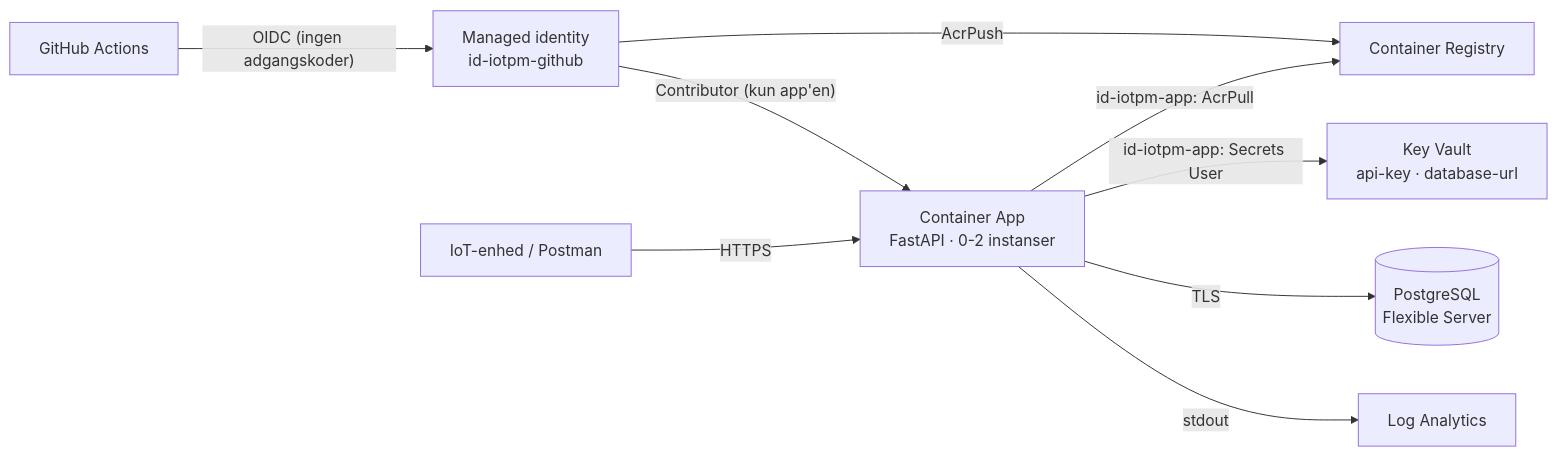
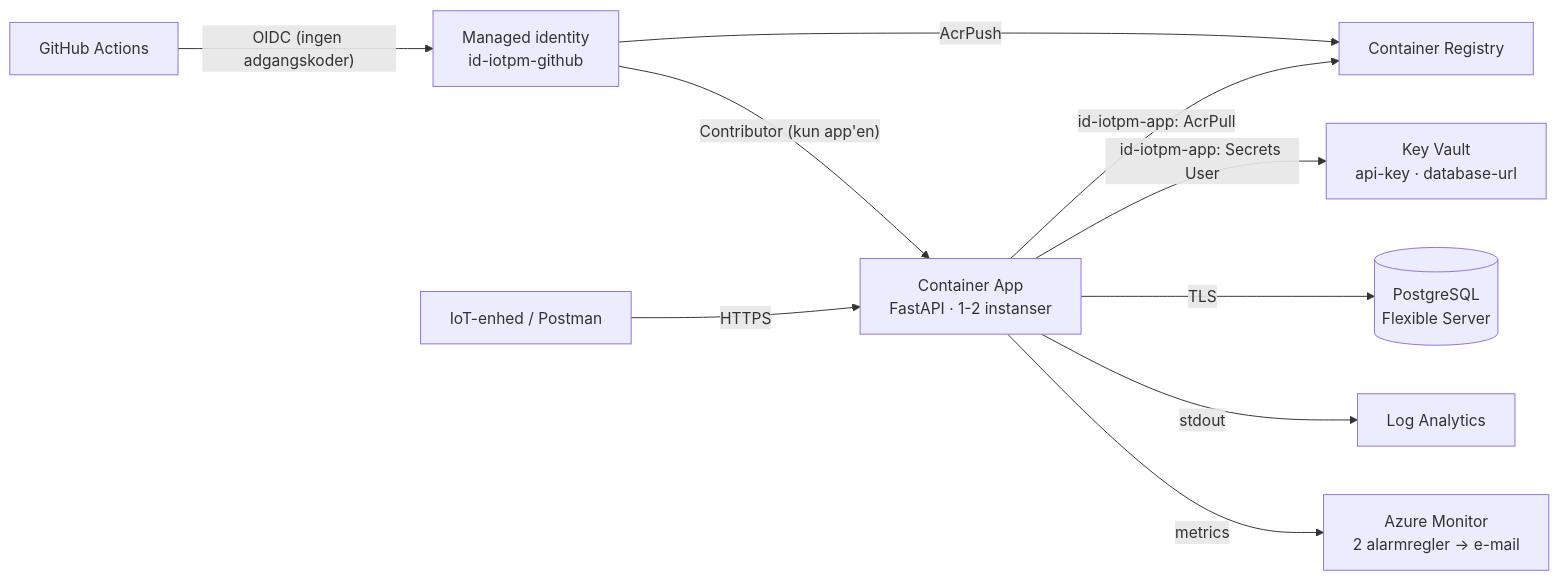
One commit to afcollin/iot-predictive-maintenance changed the fourth of 4 diagrams in README.md. Above: the diagram before and after it, drawn with Mermaid. The commit also changed other lines of this file and 2 other files, not shown here.

````diff
--- a/README.md
+++ b/README.md
@@ -198,11 +216,12 @@
 ```mermaid
 flowchart LR
     GH["GitHub Actions"] -- "OIDC (ingen adgangskoder)" --> MI1["Managed identity<br/>id-iotpm-github"]
     MI1 -- AcrPush --> ACR["Container Registry"]
     MI1 -- "Contributor (kun app'en)" --> CA
-    DEV["IoT-enhed / Postman"] -- HTTPS --> CA["Container App<br/>FastAPI · 0-2 instanser"]
+    DEV["IoT-enhed / Postman"] -- HTTPS --> CA["Container App<br/>FastAPI · 1-2 instanser"]
     CA -- "id-iotpm-app: AcrPull" --> ACR
     CA -- "id-iotpm-app: Secrets User" --> KV["Key Vault<br/>api-key · database-url"]
     CA -- TLS --> PG[("PostgreSQL<br/>Flexible Server")]
     CA -- stdout --> LA["Log Analytics"]
+    CA -- metrics --> AM["Azure Monitor<br/>2 alarmregler → e-mail"]
 ```
````
